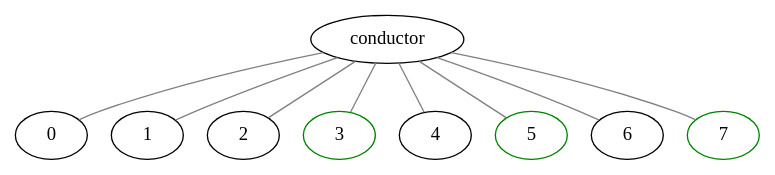
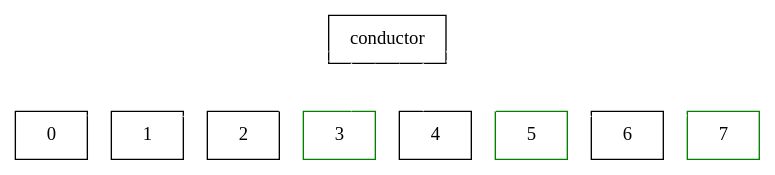
Before and after one commit to owulveryck/blog: the diagram in content/assets/orchestrate-a-digraph-with-goroutine/digraph_step3.dot, drawn with Graphviz. The commit also changed 16 other files, not shown here.

```diff
--- a/content/assets/orchestrate-a-digraph-with-goroutine/digraph_step3.dot
+++ b/content/assets/orchestrate-a-digraph-with-goroutine/digraph_step3.dot
@@ -1,21 +1,22 @@
 digraph g {
+    node [ shape = polygon, sides = 4 ]
     0 [color=black]
     1 [color=black]
     2 [color=black]
     3 [color=green]
     4 [color=black]
     5 [color=green]
     6 [color=black]
     7 [color=green]
     subgraph A {
-        edge [dir=none, color=grey]
+        edge [dir=none, color=white]
         conductor -> 0 
         conductor -> 1
         conductor -> 2
         conductor -> 3
         conductor -> 4
         conductor -> 5
         conductor -> 6
         conductor -> 7
     }
 }
```
